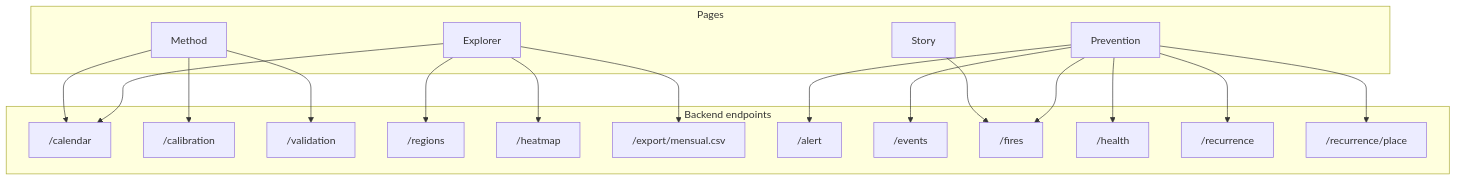
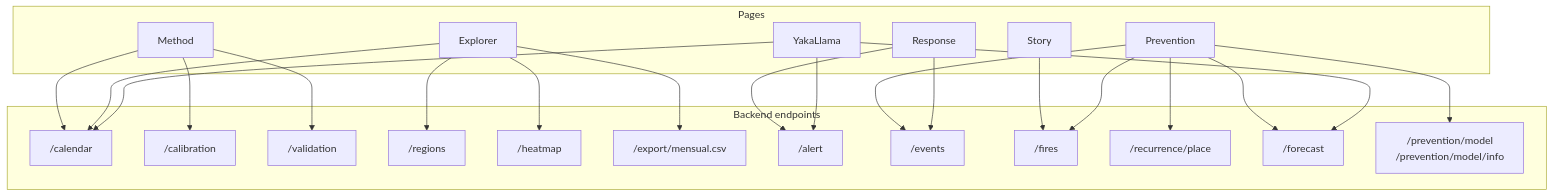
One commit to SebasHuaypar/Yakanas-NASA changed the fourth of 7 diagrams in README.md. Above: the diagram before and after it, drawn with Mermaid. The commit also changed other lines of this file and 17 other files, not shown here.

````diff
--- a/README.md
+++ b/README.md
@@ -155,27 +183,31 @@
 ```mermaid
 flowchart TB
     subgraph Pages
       P1[Story]
       P2[Method]
       P3[Explorer]
       P4[Prevention]
+      P5[Response]
+      P6[YakaLlama]
     end
     subgraph Endpoints["Backend endpoints"]
       E1["/calendar"]
       E2["/calibration"]
       E3["/validation"]
       E4["/regions"]
       E5["/heatmap"]
       E6["/export/mensual.csv"]
       E7["/alert"]
       E8["/events"]
       E10["/fires"]
-      E11["/health"]
-      E12["/recurrence"]
-      E13["/recurrence/place"]
+      E12["/recurrence/place"]
+      E13["/forecast"]
+      E14["/prevention/model<br/>/prevention/model/info"]
     end
     P1 --> E10
     P2 --> E1 & E2 & E3
     P3 --> E4 & E1 & E5 & E6
-    P4 --> E10 & E8 & E7 & E11 & E12 & E13
+    P4 --> E10 & E8 & E12 & E13 & E14
+    P5 --> E8 & E7
+    P6 --> E1 & E7 & E13
 ```
````
